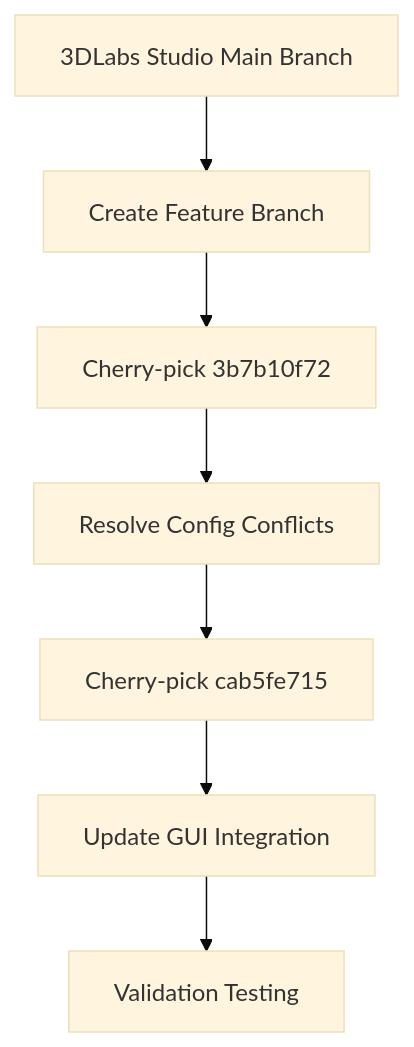
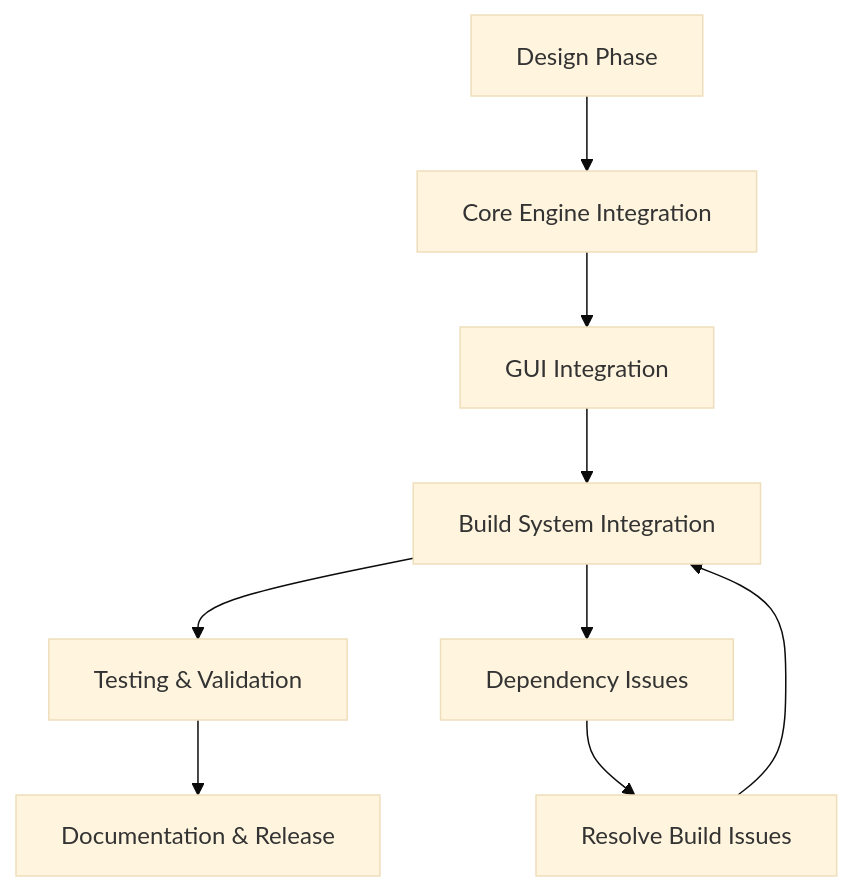
The diagram in docs/adr/0005-counterbore-bridging-implementation.md (3dlabsio/3dlabs-studio), drawn with Mermaid (base theme) before and after one commit. The commit also changed other lines of this file and 4 other files, not shown here.

````diff
--- a/docs/adr/0005-counterbore-bridging-implementation.md
+++ b/docs/adr/0005-counterbore-bridging-implementation.md
@@ -14,9 +14,12 @@
 ```mermaid
 graph TD
-    A[3DLabs Studio Main Branch] --> B[Create Feature Branch]
-    B --> C[Cherry-pick 3b7b10f72]
-    C --> D[Resolve Config Conflicts]
-    D --> E[Cherry-pick cab5fe715]
-    E --> F[Update GUI Integration]
-    F --> G[Validation Testing]
+    A[Design Phase] --> B[Core Engine Integration]
+    B --> C[GUI Integration]
+    C --> D[Build System Integration]
+    D --> E[Testing & Validation]
+    E --> F[Documentation & Release]
+    
+    D --> G[Dependency Issues]
+    G --> H[Resolve Build Issues]
+    H --> D
 ```
````
